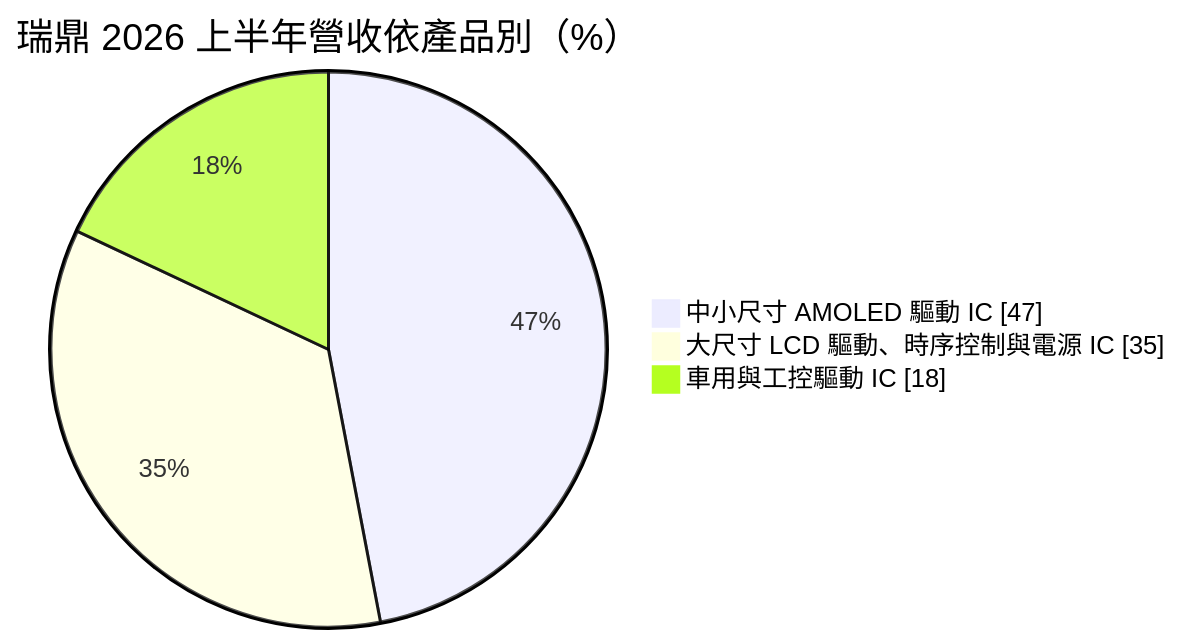
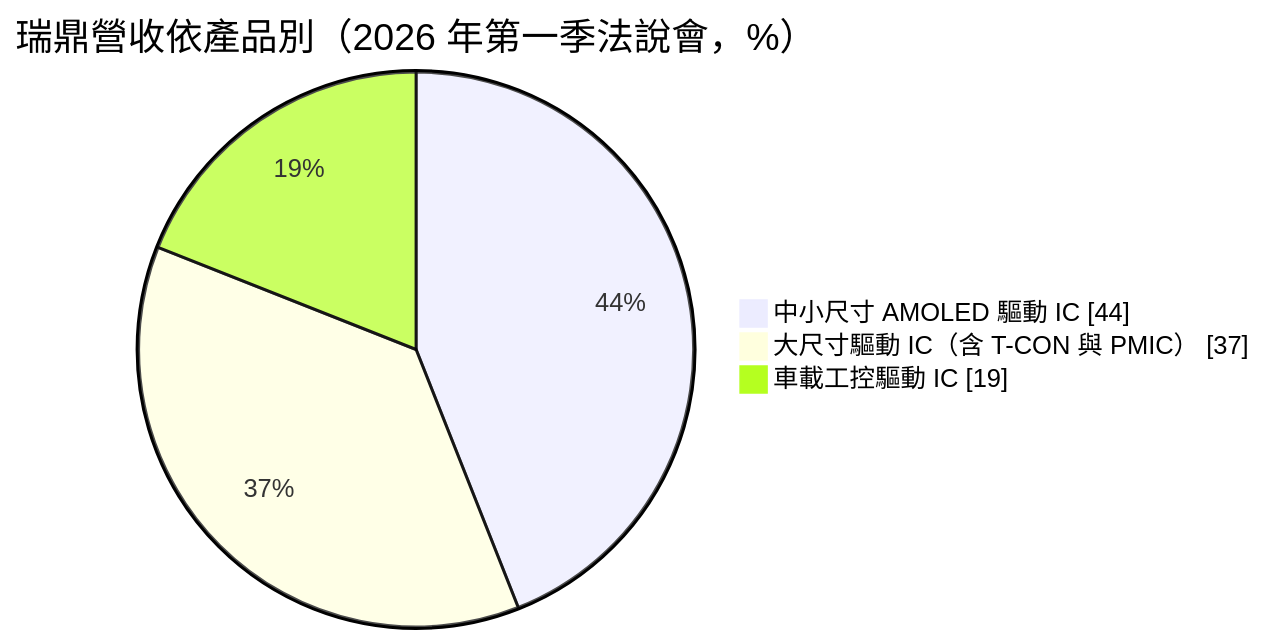
The first of 4 diagrams in 個股/台股/3592瑞鼎.md (wangnick1004/taiwan-stock-vault), drawn with Mermaid before and after one commit. The commit also changed other lines of this file and 88 other files, not shown here.

````diff
--- a/個股/台股/3592瑞鼎.md
+++ b/個股/台股/3592瑞鼎.md
@@ -54,7 +53,7 @@
 ```mermaid
 pie showData
-    title 瑞鼎 2026 上半年營收依產品別（%）
-    "中小尺寸 AMOLED 驅動 IC" : 47
-    "大尺寸 LCD 驅動、時序控制與電源 IC" : 35
-    "車用與工控驅動 IC" : 18
+    title 瑞鼎營收依產品別（2026 年第一季法說會，%）
+    "中小尺寸 AMOLED 驅動 IC" : 44
+    "大尺寸驅動 IC（含 T-CON 與 PMIC）" : 37
+    "車載工控驅動 IC" : 19
 ```
````
